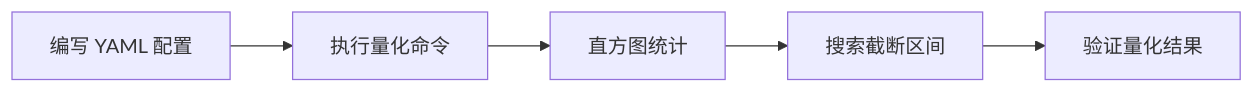
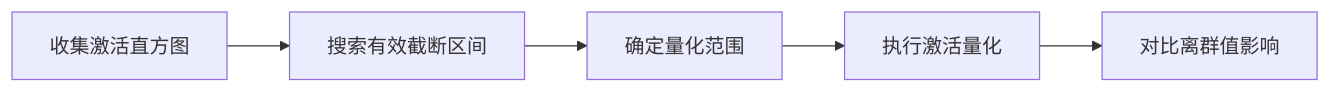
Before and after one commit to mindstudio-docs/master: the diagram in msmodelslim/docs/zh/knowledge_base/quantization_algorithms/histogram_activation_quantization/usage_histogram_activation_quantization.md, drawn with Mermaid. The commit also changed other lines of this file and 73 other files, not shown here.

````diff
--- a/msmodelslim/docs/zh/knowledge_base/quantization_algorithms/histogram_activation_quantization/usage_histogram_activation_quantization.md
+++ b/msmodelslim/docs/zh/knowledge_base/quantization_algorithms/histogram_activation_quantization/usage_histogram_activation_quantization.md
@@ -42,7 +24,7 @@
 ```mermaid
 flowchart LR
-    A[编写 YAML 配置] --> B[执行量化命令]
-    B --> C[直方图统计]
-    C --> D[搜索截断区间]
-    D --> E[验证量化结果]
+    A[收集激活直方图] --> B[搜索有效截断区间]
+    B[搜索有效截断区间] --> C[确定量化范围]
+    C[确定量化范围] --> D[执行激活量化]
+    D[执行激活量化] --> E[对比离群值影响]
 ```
````
